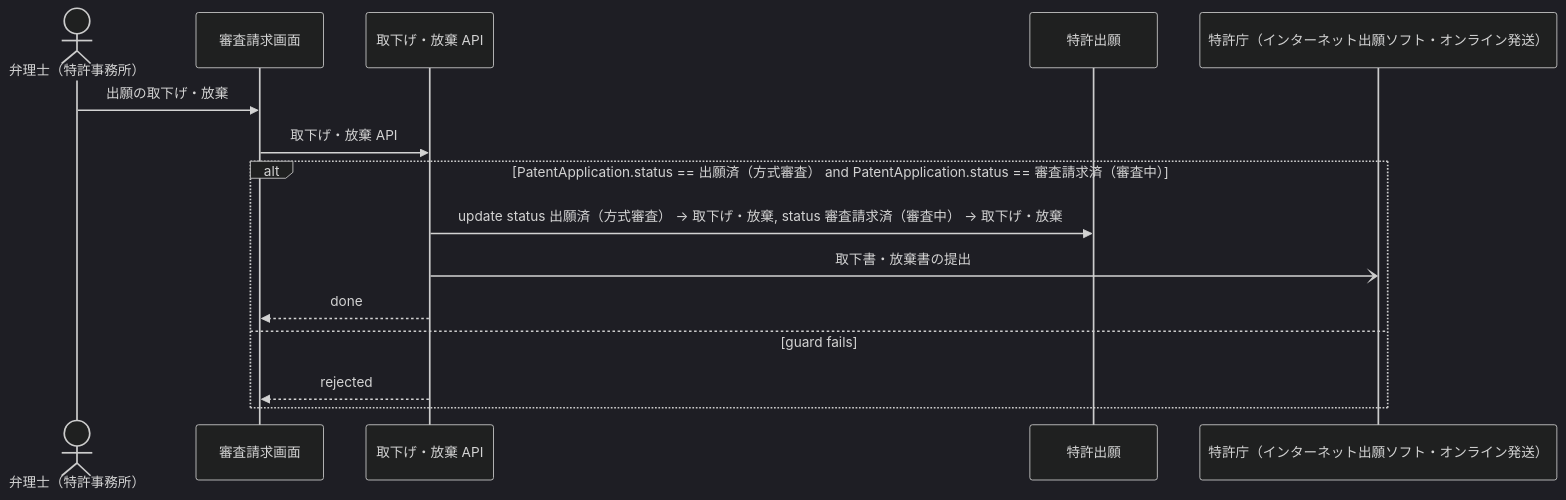
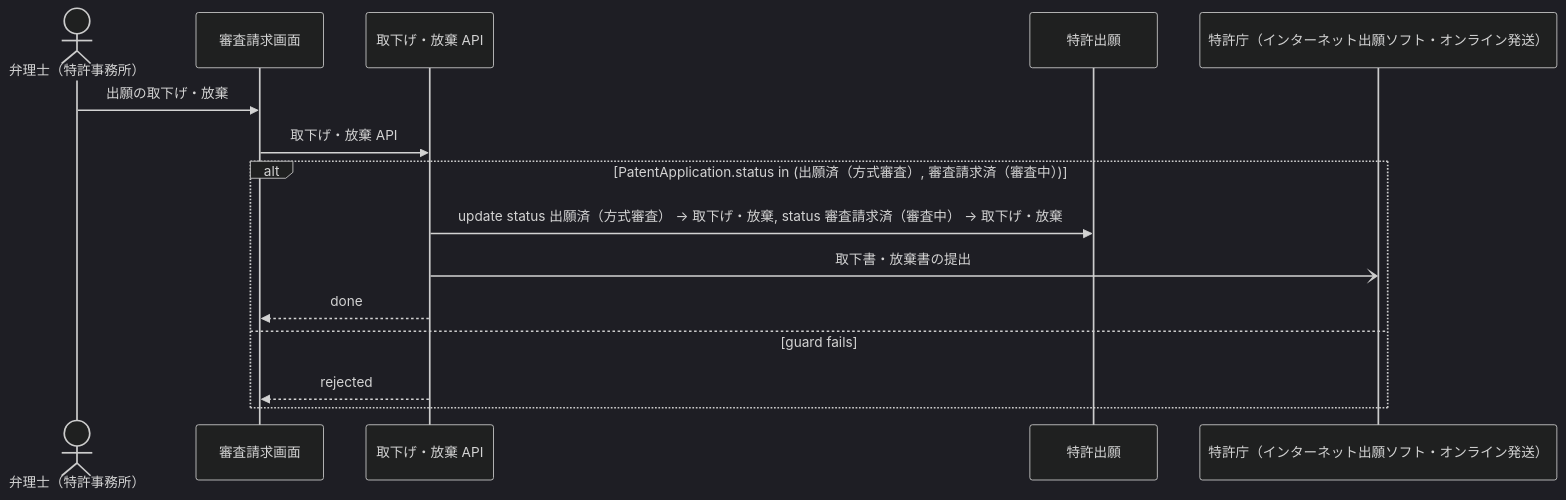
Before and after one commit to manji-0/rdra-ish-dsl: the diagram in samples/patent-ops/out/uc/sequence_WithdrawApplication.mmd, drawn with Mermaid (dark theme). The commit also changed 27 other files, not shown here.

```diff
--- a/samples/patent-ops/out/uc/sequence_WithdrawApplication.mmd
+++ b/samples/patent-ops/out/uc/sequence_WithdrawApplication.mmd
@@ -1,18 +1,18 @@
 %% rdra-ish diagram=sequence scope=usecase:WithdrawApplication model=samples/patent-ops
 %% kinds: actor screen api entity extsystem
 %% omitted: buc step medium permission event
 sequenceDiagram
   actor actor__PatentAttorney as 弁理士（特許事務所）
   participant screen__ExaminationRequestScreen as 審査請求画面
   participant api__WithdrawalApi as 取下げ・放棄 API
   participant entity__PatentApplication as 特許出願
   participant extsystem__Jpo as 特許庁（インターネット出願ソフト・オンライン発送）
   actor__PatentAttorney ->> screen__ExaminationRequestScreen: 出願の取下げ・放棄
   screen__ExaminationRequestScreen ->> api__WithdrawalApi: 取下げ・放棄 API
-  alt PatentApplication.status == 出願済（方式審査） and PatentApplication.status == 審査請求済（審査中）
+  alt PatentApplication.status in (出願済（方式審査）, 審査請求済（審査中）)
     api__WithdrawalApi ->> entity__PatentApplication: update status 出願済（方式審査） -> 取下げ・放棄, status 審査請求済（審査中） -> 取下げ・放棄
     api__WithdrawalApi -) extsystem__Jpo: 取下書・放棄書の提出
     api__WithdrawalApi -->> screen__ExaminationRequestScreen: done
   else guard fails
     api__WithdrawalApi -->> screen__ExaminationRequestScreen: rejected
   end
```
